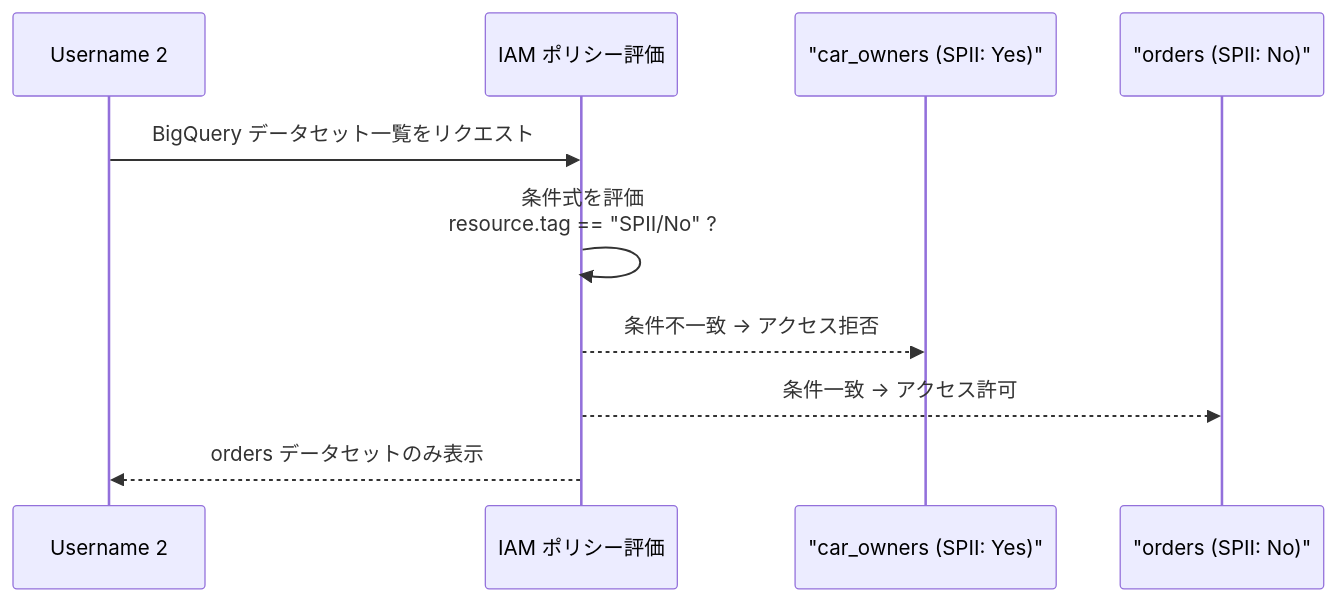
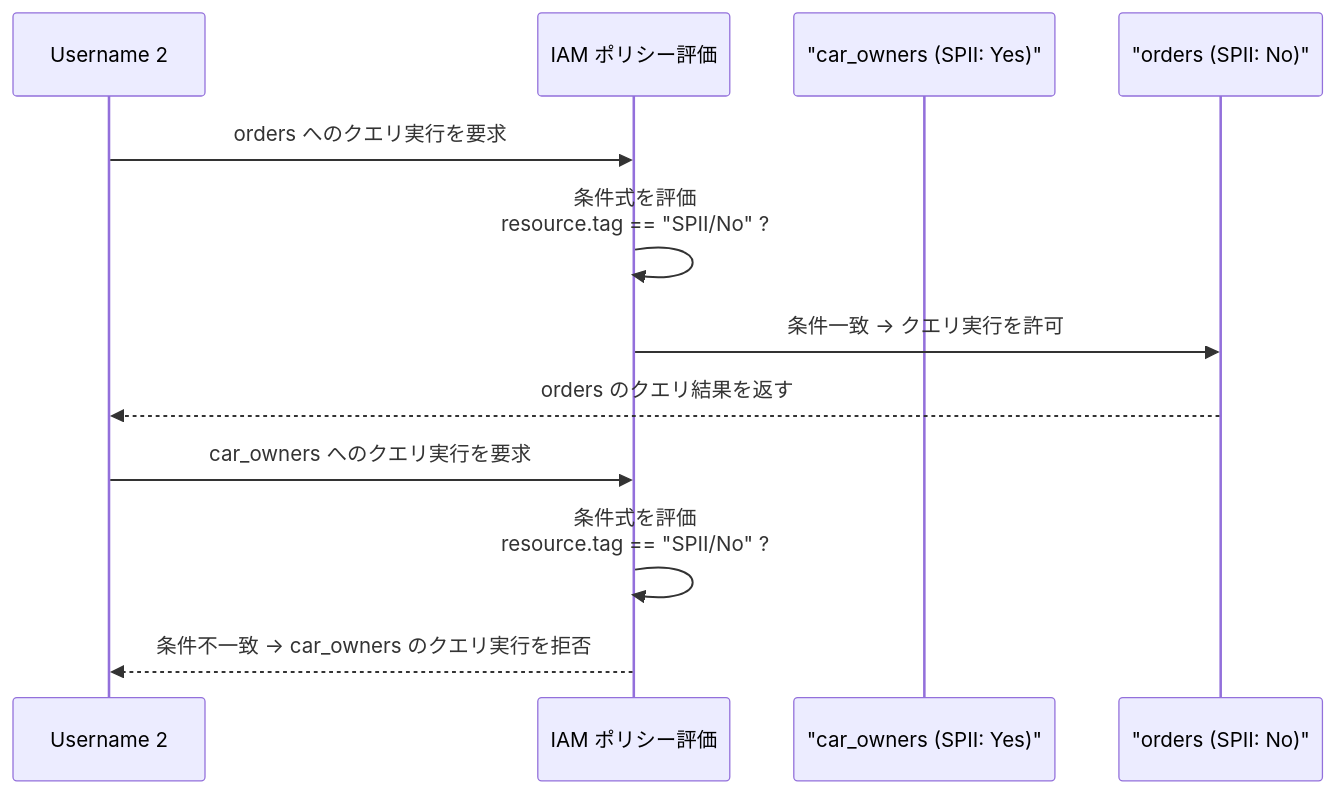
The fifth of 6 diagrams in Sensitive-data-protection-challenge-lab-guide.md (myoshi2891/Cloud-Infrastructure-Studies), drawn with Mermaid before and after one commit. The commit also changed other lines of this file and 2 other files, not shown here.

Commit message:
fix(docs): correct GCP guide review findings

````diff
--- a/Sensitive-data-protection-challenge-lab-guide.md
+++ b/Sensitive-data-protection-challenge-lab-guide.md
@@ -291,13 +291,15 @@
 ```mermaid
 sequenceDiagram
     participant User as Username 2
     participant IAM as IAM ポリシー評価
     participant DS1 as "car_owners (SPII: Yes)"
     participant DS2 as "orders (SPII: No)"
 
-    User->>IAM: BigQuery データセット一覧をリクエスト
+    User->>IAM: orders へのクエリ実行を要求
     IAM->>IAM: 条件式を評価<br/>resource.tag == "SPII/No" ?
-    IAM-->>DS1: 条件不一致 → アクセス拒否
-    IAM-->>DS2: 条件一致 → アクセス許可
-    IAM-->>User: orders データセットのみ表示
+    IAM->>DS2: 条件一致 → クエリ実行を許可
+    DS2-->>User: orders のクエリ結果を返す
+    User->>IAM: car_owners へのクエリ実行を要求
+    IAM->>IAM: 条件式を評価<br/>resource.tag == "SPII/No" ?
+    IAM-->>User: 条件不一致 → car_owners のクエリ実行を拒否
 ```
````
